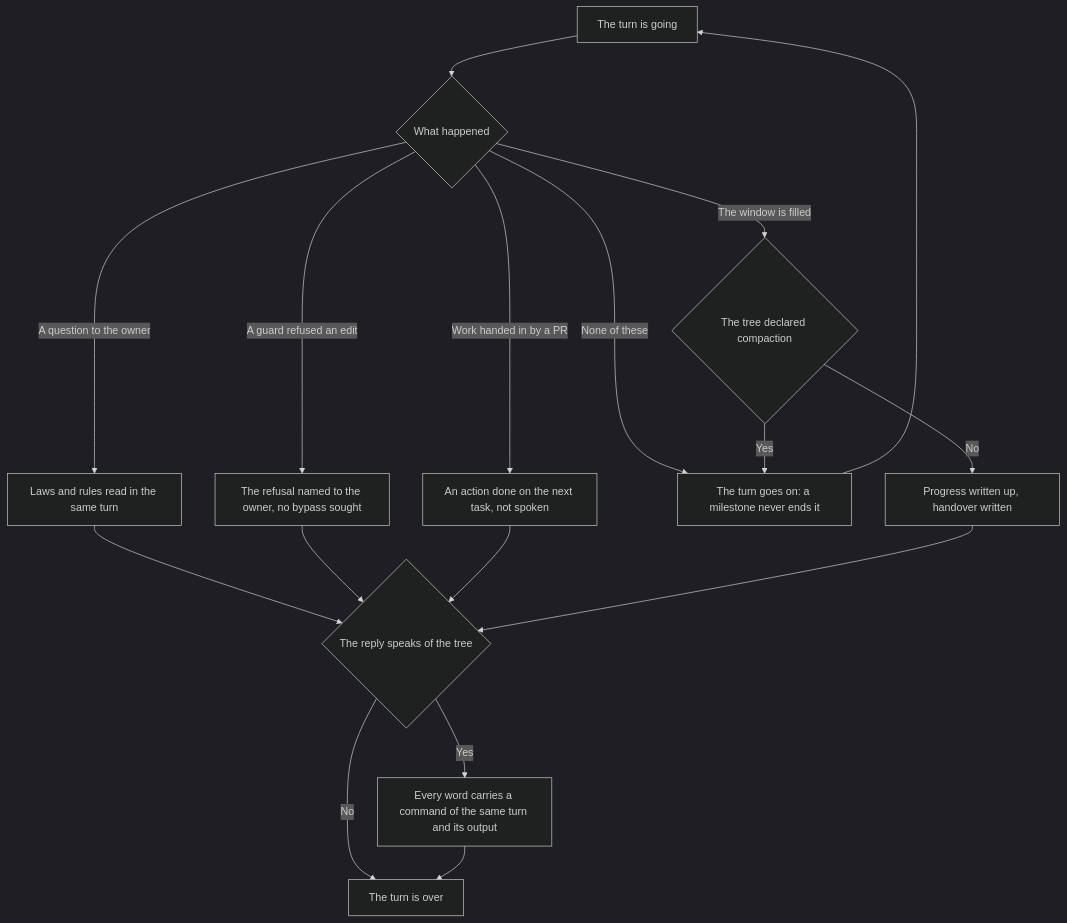
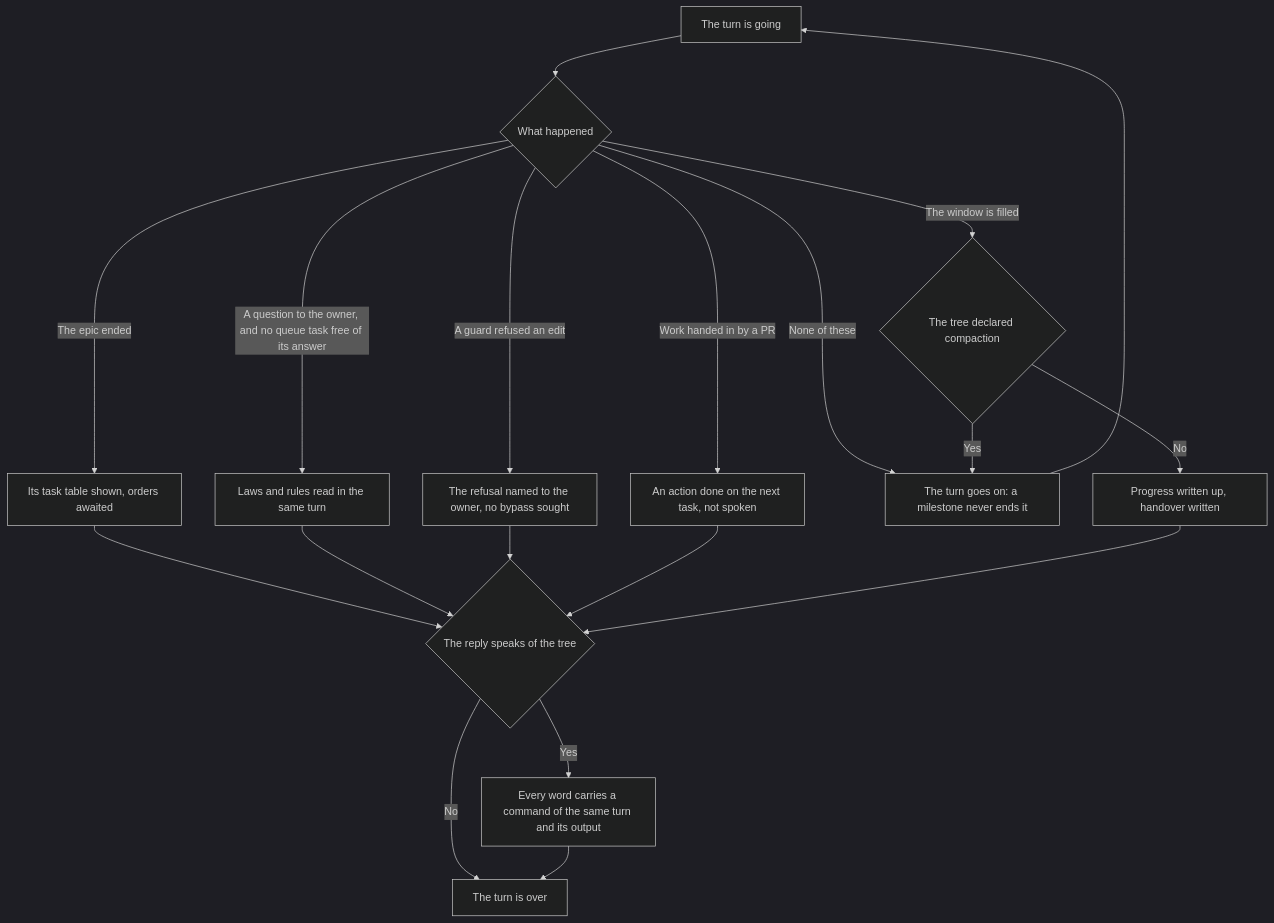
The diagram in .claude/skills/turn-conduct/SKILL.md (Eyhenij/rt-tools), drawn with Mermaid (dark theme) before and after one commit. The commit also changed other lines of this file and 43 other files, not shown here.

````diff
--- a/.claude/skills/turn-conduct/SKILL.md
+++ b/.claude/skills/turn-conduct/SKILL.md
@@ -62,19 +62,21 @@
 ```mermaid
 flowchart TD
     A[The turn is going] --> B{What happened}
-    B -->|A question to the owner| C[Laws and rules read in the same turn]
+    B -->|A question to the owner, and no queue task free of its answer| C[Laws and rules read in the same turn]
+    B -->|The epic ended| L[Its task table shown, orders awaited]
+    L --> I
     B -->|A guard refused an edit| D[The refusal named to the owner, no bypass sought]
     B -->|The window is filled| E{The tree declared compaction}
     B -->|Work handed in by a PR| F[An action done on the next task, not spoken]
     B -->|None of these| G[The turn goes on: a milestone never ends it]
     E -->|Yes| G
     E -->|No| H[Progress written up, handover written]
     C --> I{The reply speaks of the tree}
     D --> I
     F --> I
     H --> I
     I -->|Yes| J[Every word carries a command of the same turn and its output]
     I -->|No| K[The turn is over]
     J --> K
     G --> A
 ```
````
